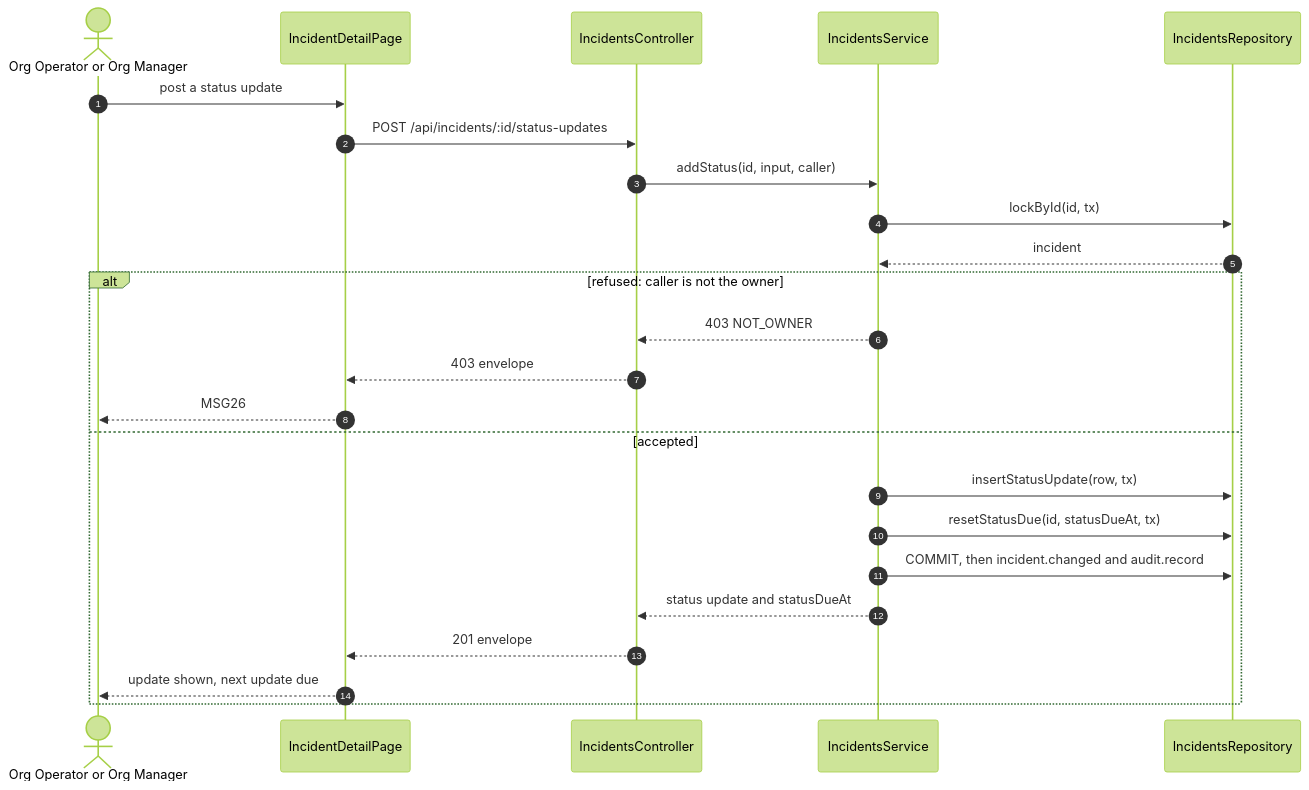
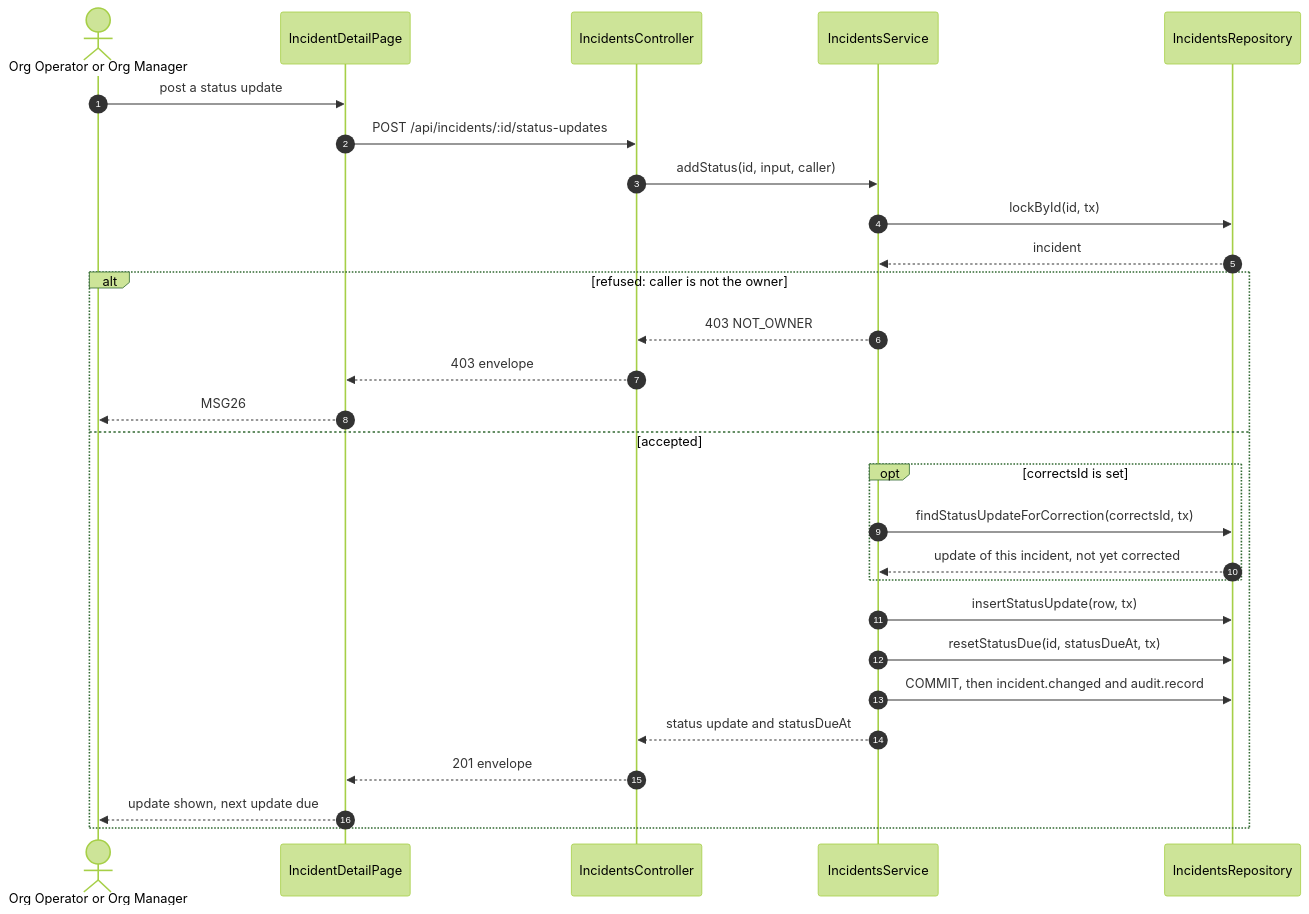
The second of 2 diagrams in specs/incidents/api-design/05-post-incidents-id-status-updates.md (TrekLink-Team/treklink-web), drawn with Mermaid (forest theme) before and after one commit. The commit also changed other lines of this file and 19 other files, not shown here.

First line of the commit message:
fix: correct an incident status update by appending a new one

````diff
--- a/specs/incidents/api-design/05-post-incidents-id-status-updates.md
+++ b/specs/incidents/api-design/05-post-incidents-id-status-updates.md
@@ -201,26 +250,30 @@
 ```mermaid
 sequenceDiagram
     autonumber
     actor U as Org Operator or Org Manager
     participant P as IncidentDetailPage
     participant Ctl as IncidentsController
     participant Svc as IncidentsService
     participant R as IncidentsRepository
     U->>P: post a status update
     P->>Ctl: POST /api/incidents/:id/status-updates
     Ctl->>Svc: addStatus(id, input, caller)
     Svc->>R: lockById(id, tx)
     R-->>Svc: incident
     alt refused: caller is not the owner
         Svc-->>Ctl: 403 NOT_OWNER
         Ctl-->>P: 403 envelope
         P-->>U: MSG26
     else accepted
+        opt correctsId is set
+            Svc->>R: findStatusUpdateForCorrection(correctsId, tx)
+            R-->>Svc: update of this incident, not yet corrected
+        end
         Svc->>R: insertStatusUpdate(row, tx)
         Svc->>R: resetStatusDue(id, statusDueAt, tx)
         Svc->>R: COMMIT, then incident.changed and audit.record
         Svc-->>Ctl: status update and statusDueAt
         Ctl-->>P: 201 envelope
         P-->>U: update shown, next update due
     end
 ```
````
